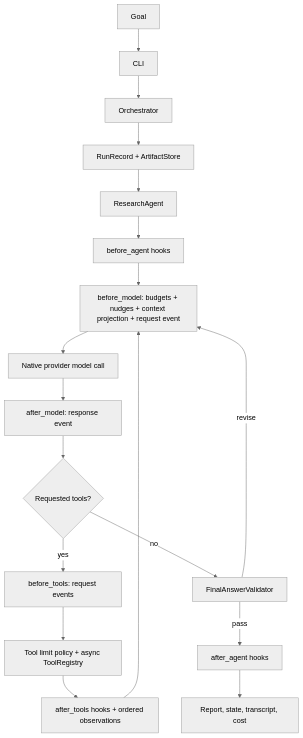
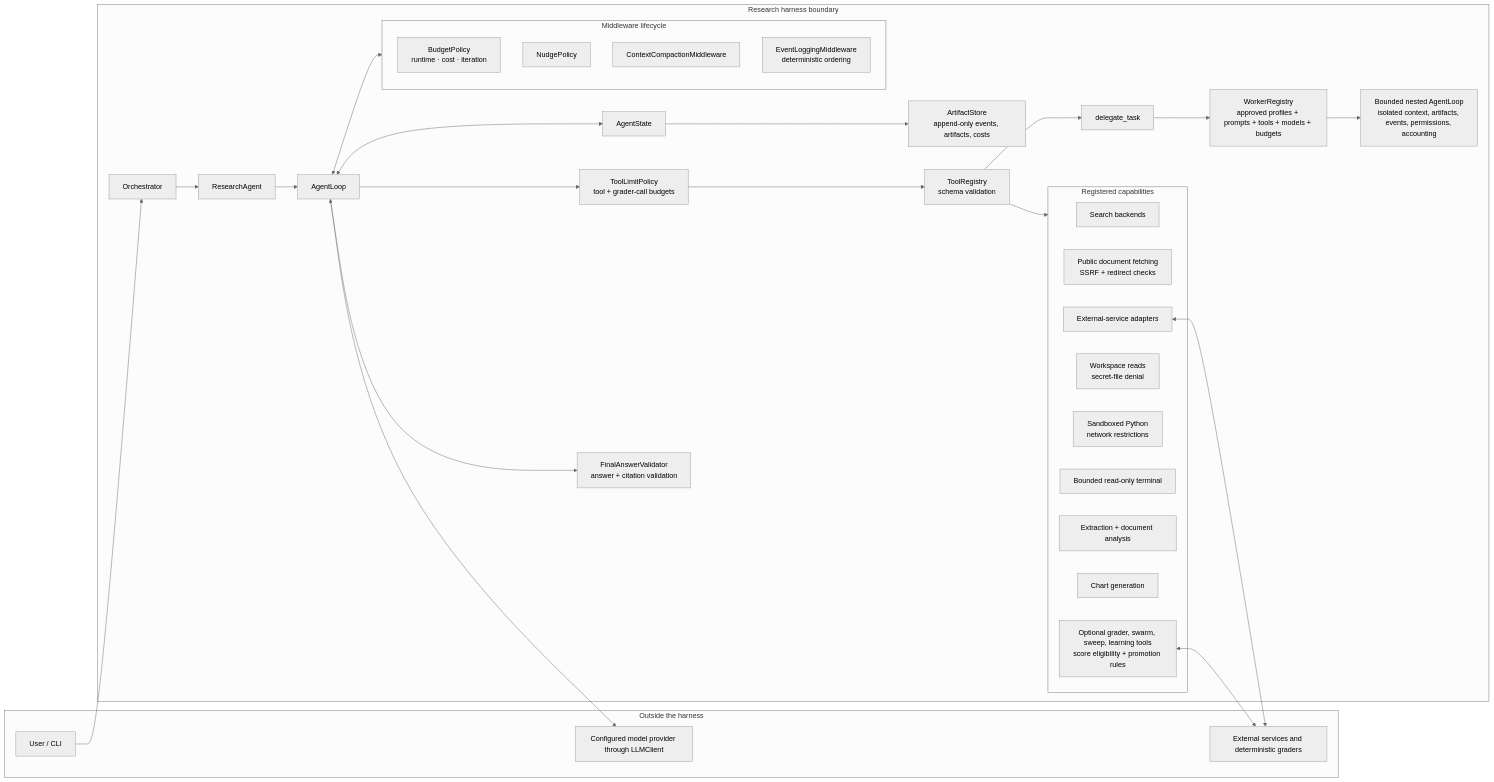
One commit to michaelzoub/research-agent changed the first of 5 diagrams in docs/architecture.md. Above: the diagram before and after it, drawn with Mermaid (neutral theme). The commit also changed other lines of this file and 24 other files, not shown here.

First line of the commit message:
feat: add bounded worker delegation and improve run observability

````diff
--- a/docs/architecture.md
+++ b/docs/architecture.md
@@ -9,20 +9,40 @@
 ```mermaid
-flowchart TD
-  user["Goal"] --> cli["CLI"]
-  cli --> orchestrator["Orchestrator"]
-  orchestrator --> state["RunRecord + ArtifactStore"]
-  state --> agent["ResearchAgent"]
-  agent --> beforeAgent["before_agent hooks"]
-  beforeAgent --> beforeModel["before_model: budgets + nudges + context projection + request event"]
-  beforeModel --> model["Native provider model call"]
-  model --> afterModel["after_model: response event"]
-  afterModel --> decision{"Requested tools?"}
-  decision -->|yes| beforeTools["before_tools: request events"]
-  beforeTools --> registry["Tool limit policy + async ToolRegistry"]
-  registry --> afterTools["after_tools hooks + ordered observations"]
-  afterTools --> beforeModel
-  decision -->|no| validator["FinalAnswerValidator"]
-  validator -->|revise| beforeModel
-  validator -->|pass| afterAgent["after_agent hooks"]
-  afterAgent --> artifacts["Report, state, transcript, cost"]
+flowchart LR
+  subgraph outside["Outside the harness"]
+    user["User / CLI"]
+    provider["Configured model provider through LLMClient"]
+    external["External services and deterministic graders"]
+  end
+  subgraph harness["Research harness boundary"]
+    orchestrator["Orchestrator"] --> agent["ResearchAgent"] --> loop["AgentLoop"]
+    loop <--> state["AgentState"]
+    state --> persistence["ArtifactStore\nappend-only events, artifacts, costs"]
+    subgraph lifecycle["Middleware lifecycle"]
+      budget["BudgetPolicy\nruntime · cost · iteration"]
+      nudge["NudgePolicy"]
+      compact["ContextCompactionMiddleware"]
+      logging["EventLoggingMiddleware\ndeterministic ordering"]
+    end
+    loop <--> lifecycle
+    loop --> limits["ToolLimitPolicy\ntool + grader-call budgets"] --> registry["ToolRegistry\nschema validation"]
+    registry --> delegate["delegate_task"] --> workers["WorkerRegistry\napproved profiles + prompts + tools + models + budgets"]
+    workers --> nested["Bounded nested AgentLoop\nisolated context, artifacts, events, permissions, accounting"]
+    loop --> final["FinalAnswerValidator\nanswer + citation validation"]
+    subgraph capabilities["Registered capabilities"]
+      search["Search backends"]
+      fetch["Public document fetching\nSSRF + redirect checks"]
+      adapters["External-service adapters"]
+      workspace["Workspace reads\nsecret-file denial"]
+      python["Sandboxed Python\nnetwork restrictions"]
+      terminal["Bounded read-only terminal"]
+      documents["Extraction + document analysis"]
+      charts["Chart generation"]
+      optional["Optional grader, swarm, sweep, learning tools\nscore eligibility + promotion rules"]
+    end
+    registry --> capabilities
+  end
+  user --> orchestrator
+  loop <--> provider
+  adapters <--> external
+  optional <--> external
 ```
````
